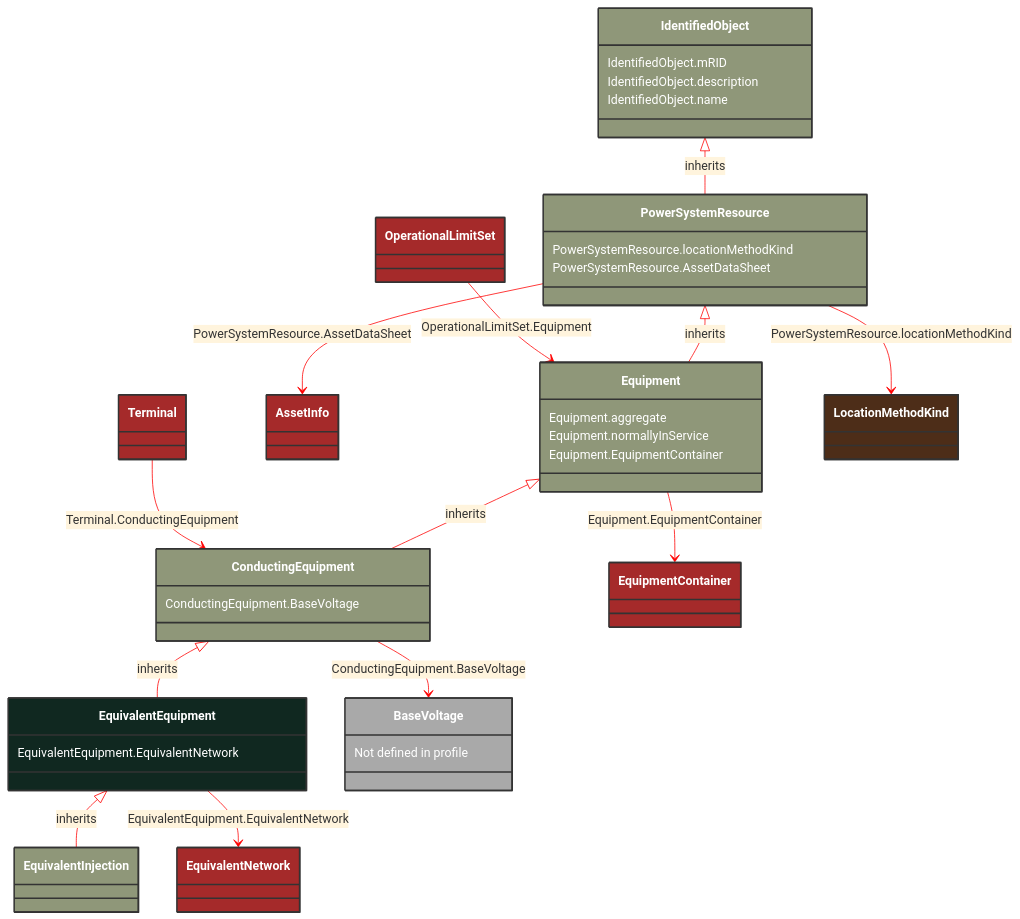
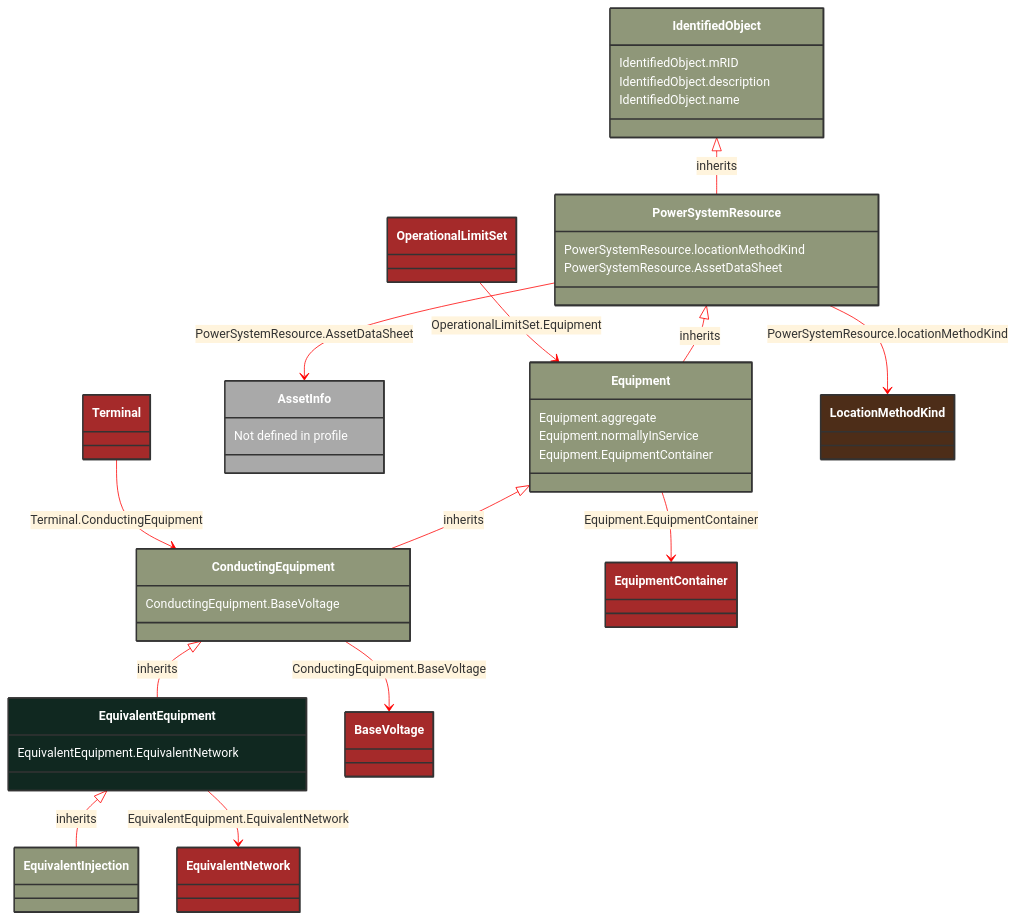
The diagram in docs/Models/Profiles/Telemark-120Equipment/AbstractClasses/EquivalentEquipment.md (3lbits/NoCIMExtensions), drawn with Mermaid before and after one commit. The commit also changed 50 other files, not shown here.

Commit message:
Fixed schema

````diff
--- a/docs/Models/Profiles/Telemark-120Equipment/AbstractClasses/EquivalentEquipment.md
+++ b/docs/Models/Profiles/Telemark-120Equipment/AbstractClasses/EquivalentEquipment.md
@@ -10,80 +10,80 @@
 ```mermaid
 %%{init: {'theme':'base','themeVariables': {'lineColor': '#FF0000'}}}%%
 classDiagram
     class EquivalentEquipment
     click EquivalentEquipment href "/Models/Profiles/Telemark-120Equipment/AbstractClasses/EquivalentEquipment/"
     style EquivalentEquipment fill:#102820,stroke:#333,stroke-width:2px,rx:10,ry:10,color:white
 
         EquivalentEquipment <|-- EquivalentInjection : inherits
 
         EquivalentInjection
             click EquivalentInjection href "/Models/Profiles/Telemark-120Equipment/ConcreteClasses/EquivalentInjection/"
             style EquivalentInjection fill:#8F9779,stroke:#333,stroke-width:2px,rx:10,ry:10,color:white
      
         ConductingEquipment <|-- EquivalentEquipment : inherits
             click ConductingEquipment href "/Models/Profiles/Telemark-120Equipment/AbstractClasses/ConductingEquipment/"
             style ConductingEquipment fill:#8F9779,stroke:#333,stroke-width:2px,rx:10,ry:10,color:white
      
         Equipment <|-- ConductingEquipment : inherits
             click Equipment href "/Models/Profiles/Telemark-120Equipment/AbstractClasses/Equipment/"
             style Equipment fill:#8F9779,stroke:#333,stroke-width:2px,rx:10,ry:10,color:white
      
         PowerSystemResource <|-- Equipment : inherits
             click PowerSystemResource href "/Models/Profiles/Telemark-120Equipment/AbstractClasses/PowerSystemResource/"
             style PowerSystemResource fill:#8F9779,stroke:#333,stroke-width:2px,rx:10,ry:10,color:white
      
         IdentifiedObject <|-- PowerSystemResource : inherits
             click IdentifiedObject href "/Models/Profiles/Telemark-120Equipment/AbstractClasses/IdentifiedObject/"
             style IdentifiedObject fill:#8F9779,stroke:#333,stroke-width:2px,rx:10,ry:10,color:white
 
         EquivalentEquipment --> EquivalentNetwork : EquivalentEquipment.EquivalentNetwork
 
         EquivalentNetwork
             click EquivalentNetwork href "/Models/Profiles/Telemark-120Equipment/ConcreteClasses/EquivalentNetwork/"
             style EquivalentNetwork fill:#A52A2A,stroke:#333,stroke-width:2px,rx:10,ry:10,color:white
         ConductingEquipment --> BaseVoltage : ConductingEquipment.BaseVoltage
 
-        BaseVoltage : Not defined in profile
-
         BaseVoltage
-            style BaseVoltage fill:#A9A9A9,stroke:#333,stroke-width:2px,rx:10,ry:10,color:white
+            click BaseVoltage href "/Models/Profiles/Telemark-120Equipment/ConcreteClasses/BaseVoltage/"
+            style BaseVoltage fill:#A52A2A,stroke:#333,stroke-width:2px,rx:10,ry:10,color:white
         Equipment --> EquipmentContainer : Equipment.EquipmentContainer
 
         EquipmentContainer
             click EquipmentContainer href "/Models/Profiles/Telemark-120Equipment/AbstractClasses/EquipmentContainer/"
             style EquipmentContainer fill:#A52A2A,stroke:#333,stroke-width:2px,rx:10,ry:10,color:white
         PowerSystemResource --> AssetInfo : PowerSystemResource.AssetDataSheet
 
+        AssetInfo : Not defined in profile
+
         AssetInfo
-            click AssetInfo href "/Models/Profiles/Telemark-120Equipment/ConcreteClasses/AssetInfo/"
-            style AssetInfo fill:#A52A2A,stroke:#333,stroke-width:2px,rx:10,ry:10,color:white
+            style AssetInfo fill:#A9A9A9,stroke:#333,stroke-width:2px,rx:10,ry:10,color:white
 
         OperationalLimitSet --> Equipment : OperationalLimitSet.Equipment
 
         OperationalLimitSet
             click OperationalLimitSet href "/Models/Profiles/Telemark-120Equipment/ConcreteClasses/OperationalLimitSet/"
             style OperationalLimitSet fill:#A52A2A,stroke:#333,stroke-width:2px,rx:10,ry:10,color:white
 
         Terminal --> ConductingEquipment : Terminal.ConductingEquipment
 
         Terminal
             click Terminal href "/Models/Profiles/Telemark-120Equipment/ConcreteClasses/Terminal/"
             style Terminal fill:#A52A2A,stroke:#333,stroke-width:2px,rx:10,ry:10,color:white
 
         PowerSystemResource --> LocationMethodKind : PowerSystemResource.locationMethodKind
 
         LocationMethodKind
             click LocationMethodKind href "/Models/Profiles/Telemark-120Equipment/Enumerations/LocationMethodKind/"
             style LocationMethodKind fill:#4D2D18,stroke:#333,stroke-width:2px,rx:10,ry:10,color:white
 
         EquivalentEquipment : EquivalentEquipment.EquivalentNetwork
         ConductingEquipment : ConductingEquipment.BaseVoltage
         Equipment : Equipment.aggregate
         Equipment : Equipment.normallyInService
         Equipment : Equipment.EquipmentContainer
         PowerSystemResource : PowerSystemResource.locationMethodKind
         PowerSystemResource : PowerSystemResource.AssetDataSheet
         IdentifiedObject : IdentifiedObject.mRID
         IdentifiedObject : IdentifiedObject.description
         IdentifiedObject : IdentifiedObject.name
 ```
````
